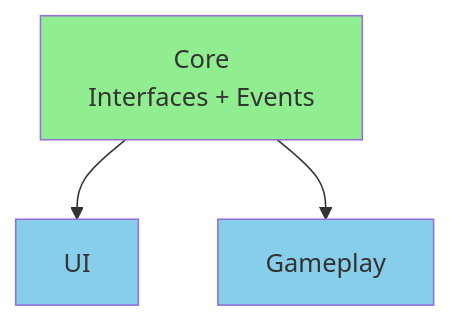
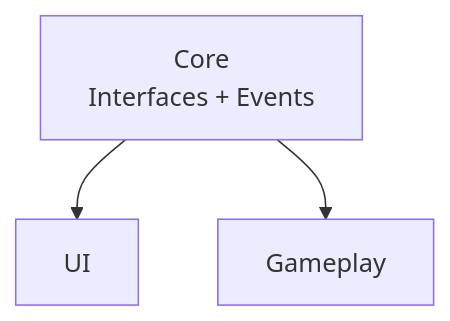
One commit to wallstop/unity-tips changed the second of 4 diagrams in docs/assembly-definitions/05-best-practices.md. Above: the diagram before and after it, drawn with Mermaid. The commit also changed other lines of this file and 27 other files, not shown here.

Commit message:
Convert ASCII diagrams to Mermaid format (#30)

````diff
--- a/docs/assembly-definitions/05-best-practices.md
+++ b/docs/assembly-definitions/05-best-practices.md
@@ -177,9 +175,6 @@
 ```mermaid
 graph TD
     A[Core<br/>Interfaces + Events] --> B[UI]
     A --> C[Gameplay]
 
-    style A fill:#90EE90
-    style B fill:#87CEEB
-    style C fill:#87CEEB
 ```
````
